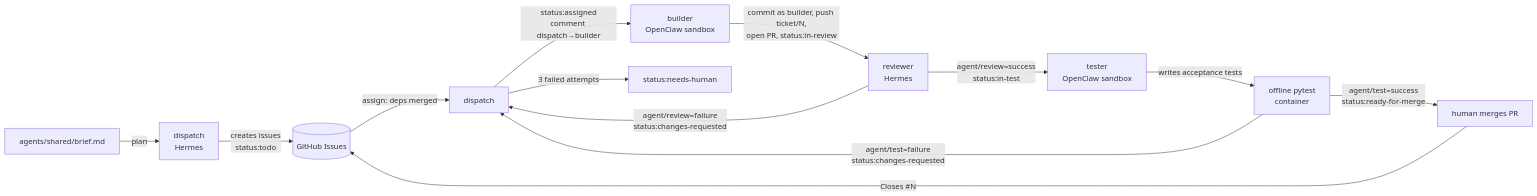
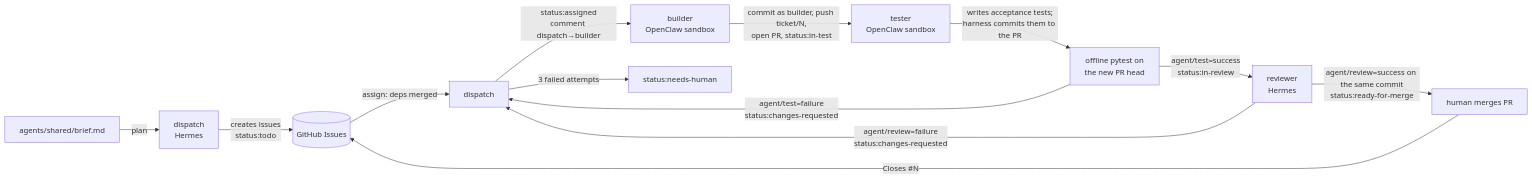
One commit to newsroom-ak/autonomous-newsroom changed the diagram in docs/agent-team.md. Above: the diagram before and after it, drawn with Mermaid. The commit also changed other lines of this file and 4 other files, not shown here.

First line of the commit message:
feat(orchestrator): commit tester acceptance tests to the PR; test before review

````diff
--- a/docs/agent-team.md
+++ b/docs/agent-team.md
@@ -37,15 +37,15 @@
 ```mermaid
 flowchart LR
     brief[agents/shared/brief.md] -->|plan| D1[dispatch<br/>Hermes]
     D1 -->|creates issues<br/>status:todo| I[(GitHub Issues)]
     I -->|assign: deps merged| D2[dispatch]
     D2 -->|status:assigned<br/>comment dispatch→builder| B[builder<br/>OpenClaw sandbox]
-    B -->|commit as builder, push ticket/N,<br/>open PR, status:in-review| R[reviewer<br/>Hermes]
+    B -->|commit as builder, push ticket/N,<br/>open PR, status:in-test| T[tester<br/>OpenClaw sandbox]
+    T -->|writes acceptance tests;<br/>harness commits them to the PR| X[offline pytest on<br/>the new PR head]
+    X -->|agent/test=failure<br/>status:changes-requested| D2
+    X -->|agent/test=success<br/>status:in-review| R[reviewer<br/>Hermes]
     R -->|agent/review=failure<br/>status:changes-requested| D2
-    R -->|agent/review=success<br/>status:in-test| T[tester<br/>OpenClaw sandbox]
-    T -->|writes acceptance tests| X[offline pytest<br/>container]
-    X -->|agent/test=failure<br/>status:changes-requested| D2
-    X -->|agent/test=success<br/>status:ready-for-merge| H[human merges PR]
+    R -->|agent/review=success on the same commit<br/>status:ready-for-merge| H[human merges PR]
     H -->|Closes #N| I
     D2 -->|3 failed attempts| E[status:needs-human]
 ```
````
